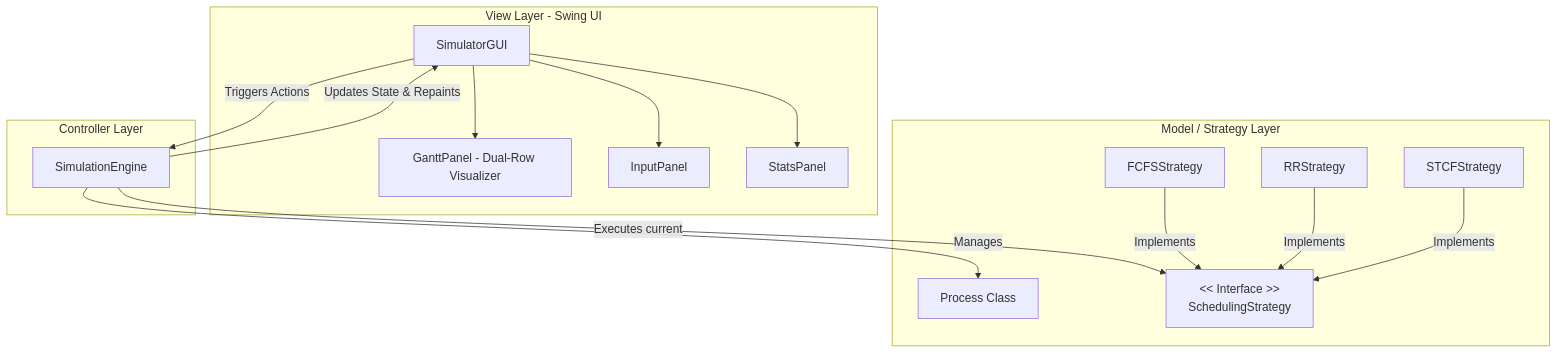
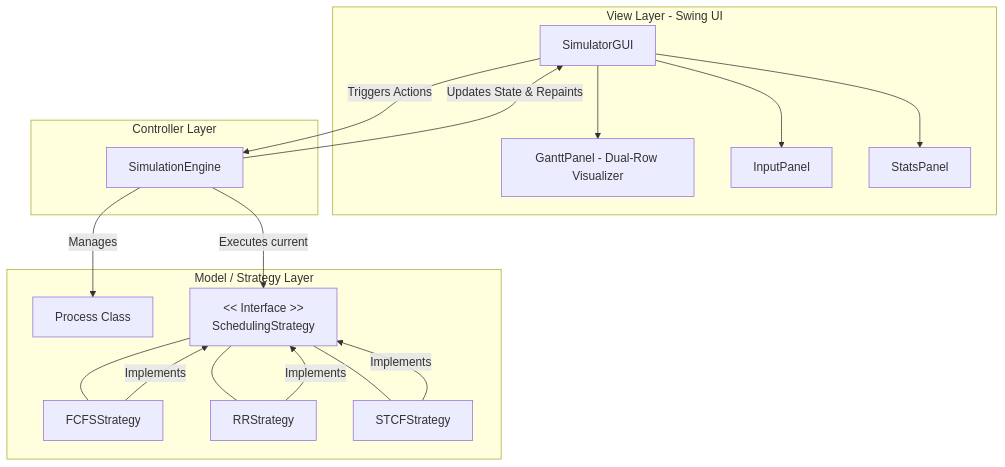
One commit to goktugcakiroglu/OS-Process-Scheduler changed the diagram in README.md. Above: the diagram before and after it, drawn with Mermaid.

````diff
--- a/README.md
+++ b/README.md
@@ -16,29 +16,38 @@
 ```mermaid
 graph TD
     subgraph View [View Layer - Swing UI]
         GUI[SimulatorGUI] --> Gantt[GanttPanel - Dual-Row Visualizer]
         GUI --> Input[InputPanel]
         GUI --> Stats[StatsPanel]
     end
 
     subgraph Controller [Controller Layer]
         Engine[SimulationEngine]
     end
 
     subgraph Model [Model / Strategy Layer]
         Proc[Process Class]
         StratInterface["<< Interface >> <br> SchedulingStrategy"]
         FCFS[FCFSStrategy]
         RR[RRStrategy]
         STCF[STCFStrategy]
     end
 
-    %% Relationships
+    %% View & Controller Interaction
     GUI -->|Triggers Actions| Engine
     Engine -->|Updates State & Repaints| GUI
+
+    %% Controller & Model Separation
     Engine -->|Manages| Proc
     Engine -->|Executes current| StratInterface
+
+    %% Explicit Vertical Spacing for Strategies
+    StratInterface --- FCFS
+    StratInterface --- RR
+    StratInterface --- STCF
+
+    %% Strategy Implementations
     FCFS -->|Implements| StratInterface
     RR -->|Implements| StratInterface
     STCF -->|Implements| StratInterface
 ```
````
